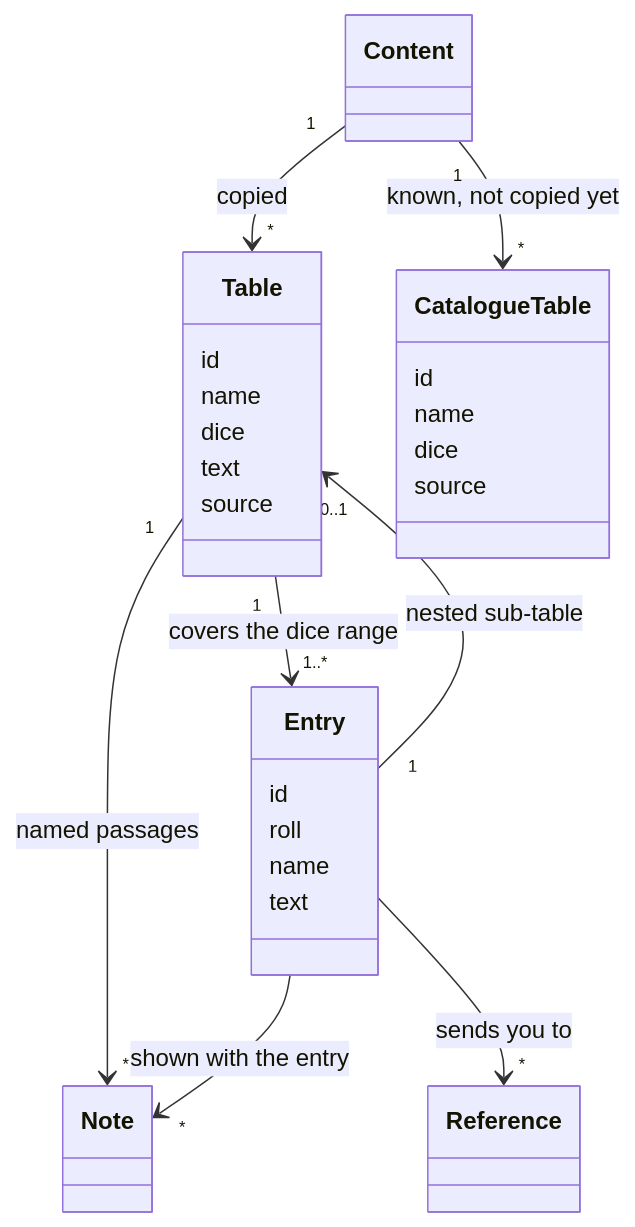
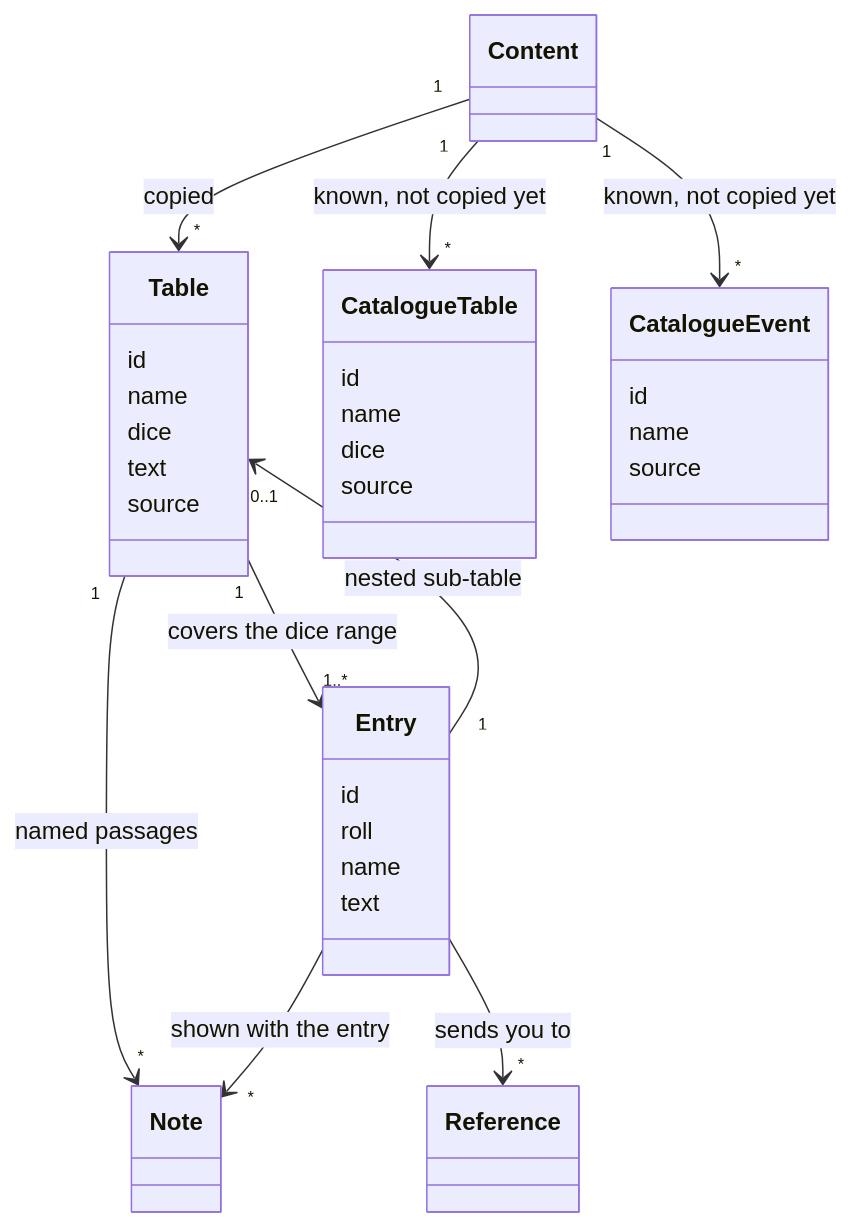
Before and after one commit to NathanChalot/AloneVsFEear: the diagram in docs/content.md, drawn with Mermaid. The commit also changed other lines of this file and 24 other files, not shown here.

````diff
--- a/docs/content.md
+++ b/docs/content.md
@@ -7,29 +7,35 @@
 ```mermaid
 classDiagram
     Content "1" --> "*" Table : copied
     Content "1" --> "*" CatalogueTable : known, not copied yet
+    Content "1" --> "*" CatalogueEvent : known, not copied yet
     Table "1" --> "1..*" Entry : covers the dice range
     Table "1" --> "*" Note : named passages
     Entry "1" --> "0..1" Table : nested sub-table
     Entry --> "*" Note : shown with the entry
     Entry --> "*" Reference : sends you to
     class Table {
         id
         name
         dice
         text
         source
     }
     class Entry {
         id
         roll
         name
         text
     }
     class CatalogueTable {
         id
         name
         dice
         source
     }
+    class CatalogueEvent {
+        id
+        name
+        source
+    }
 ```
````
